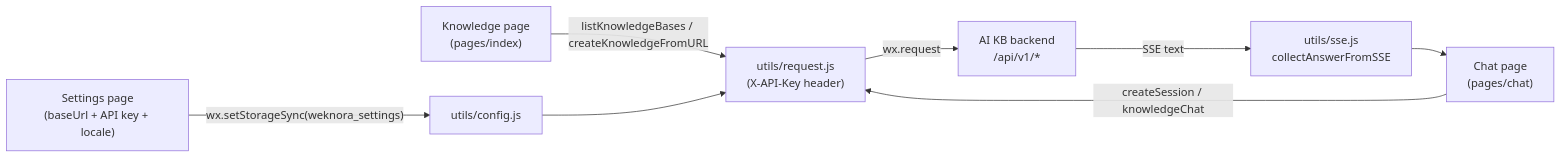
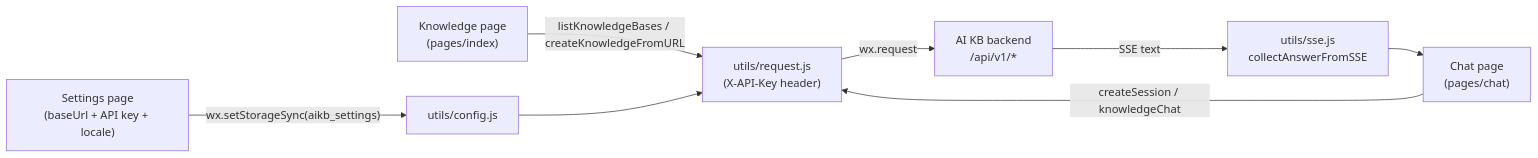
Before and after one commit to jrmatherly/ai-kb: the diagram in website-docs/05-clients/04-miniprogram.md, drawn with Mermaid. The commit also changed other lines of this file and 592 other files, not shown here.

````diff
--- a/website-docs/05-clients/04-miniprogram.md
+++ b/website-docs/05-clients/04-miniprogram.md
@@ -109,10 +109,10 @@
 ```mermaid
 flowchart LR
-    S["Settings page<br/>(baseUrl + API key + locale)"] -->|"wx.setStorageSync(weknora_settings)"| C["utils/config.js"]
+    S["Settings page<br/>(baseUrl + API key + locale)"] -->|"wx.setStorageSync(aikb_settings)"| C["utils/config.js"]
     K["Knowledge page<br/>(pages/index)"] -->|"listKnowledgeBases / createKnowledgeFromURL"| R["utils/request.js<br/>(X-API-Key header)"]
     Q["Chat page<br/>(pages/chat)"] -->|"createSession / knowledgeChat"| R
     R -->|"wx.request"| B["AI KB backend<br/>/api/v1/*"]
     B -->|"SSE text"| P["utils/sse.js<br/>collectAnswerFromSSE"]
     P --> Q
     C --> R
 ```
````
